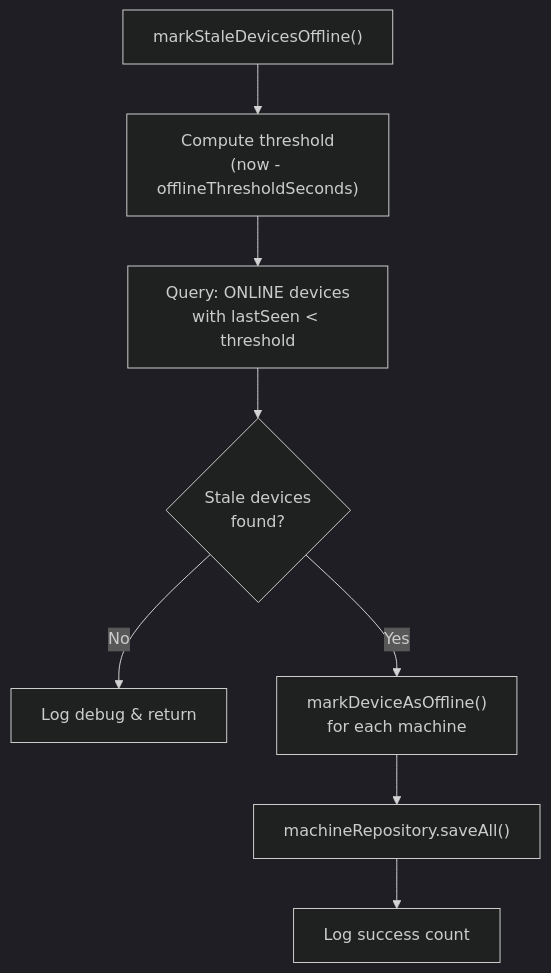
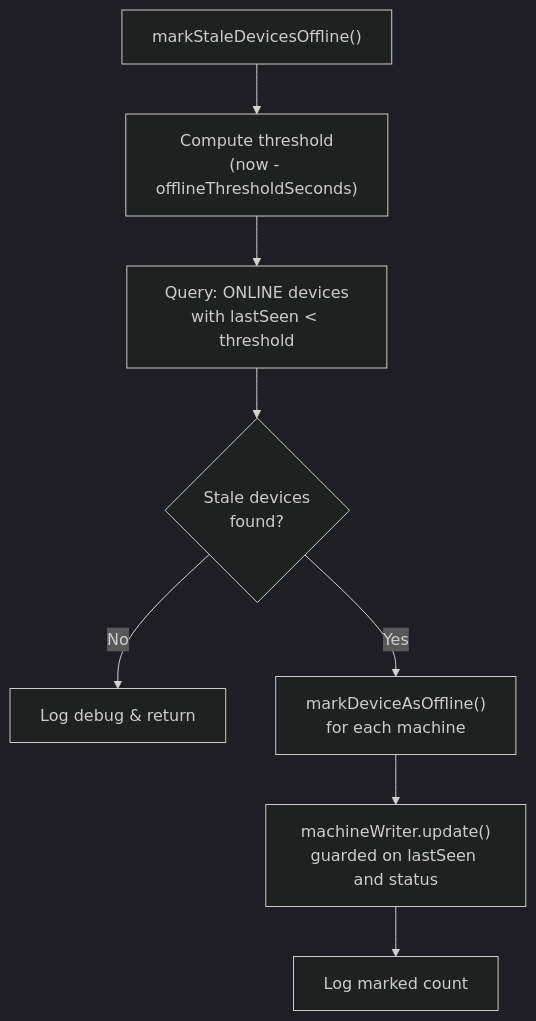
The diagram in openframe-management-service-core/src/main/java/com/openframe/management/service/.DeviceHeartbeatOfflineDetectionService.md (flamingo-stack/openframe-oss-lib), drawn with Mermaid (dark theme) before and after one commit. The commit also changed other lines of this file and 4 other files, not shown here.

````diff
--- a/openframe-management-service-core/src/main/java/com/openframe/management/service/.DeviceHeartbeatOfflineDetectionService.md
+++ b/openframe-management-service-core/src/main/java/com/openframe/management/service/.DeviceHeartbeatOfflineDetectionService.md
@@ -30,10 +31,10 @@
 ```mermaid
 graph TD
     A["markStaleDevicesOffline()"] --> B["Compute threshold\n(now - offlineThresholdSeconds)"]
     B --> C["Query: ONLINE devices\nwith lastSeen < threshold"]
     C --> D{"Stale devices\nfound?"}
     D -->|No| E["Log debug & return"]
     D -->|Yes| F["markDeviceAsOffline()\nfor each machine"]
-    F --> G["machineRepository.saveAll()"]
-    G --> H["Log success count"]
+    F --> G["machineWriter.update()\nguarded on lastSeen and status"]
+    G --> H["Log marked count"]
 ```
````
